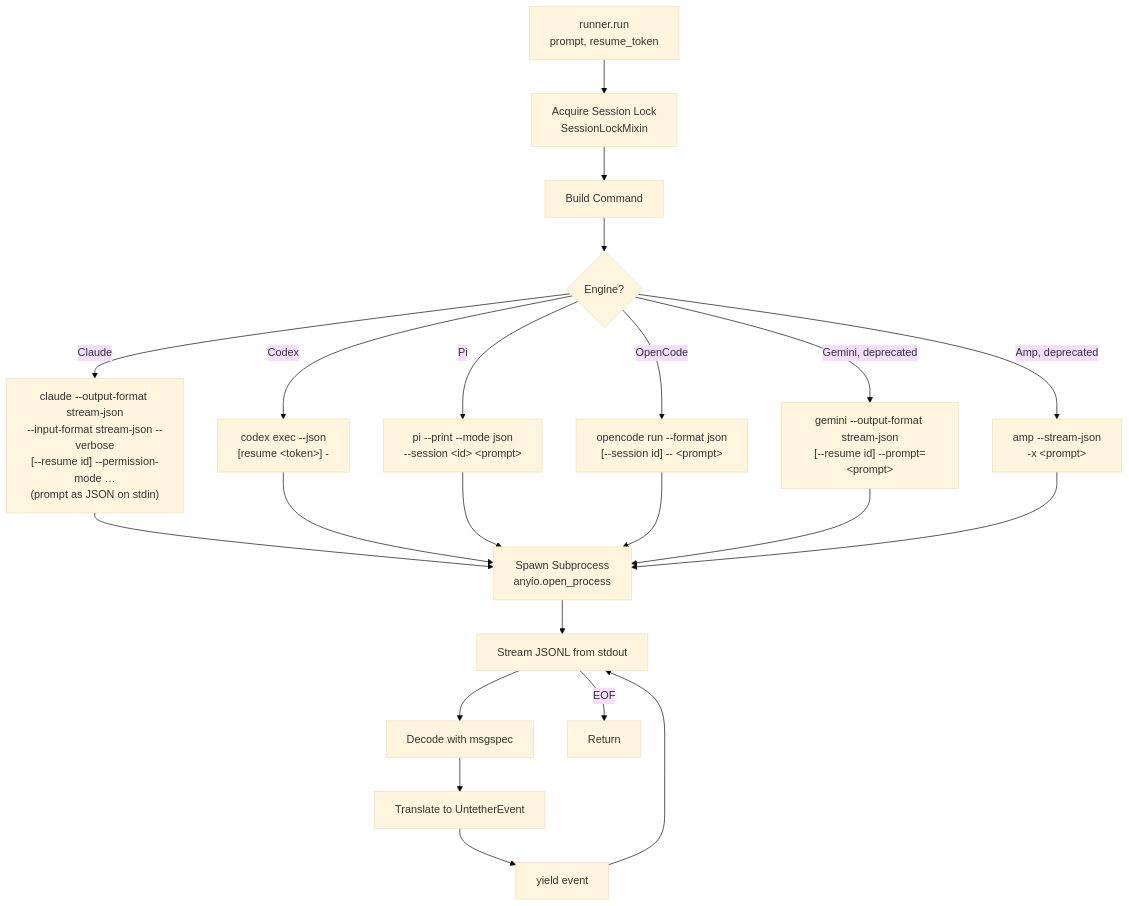
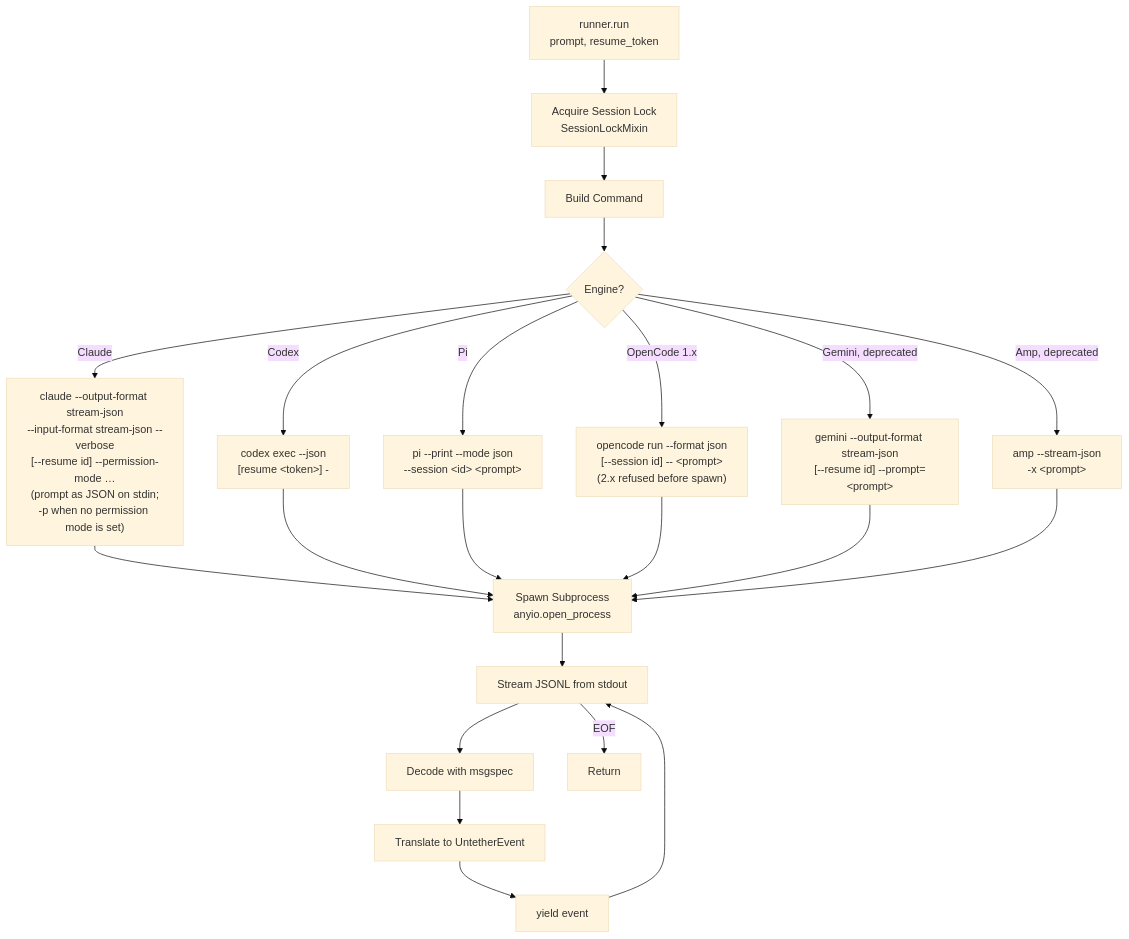
Before and after one commit to littlebearapps/untether: the fourth of 9 diagrams in docs/explanation/architecture.md, drawn with Mermaid (base theme). The commit also changed other lines of this file and 47 other files, not shown here.

````diff
--- a/docs/explanation/architecture.md
+++ b/docs/explanation/architecture.md
@@ -217,30 +217,30 @@
 ```mermaid
 flowchart TD
     A[runner.run\nprompt, resume_token] --> B[Acquire Session Lock<br/>SessionLockMixin]
 
     B --> C[Build Command]
 
     C --> D{Engine?}
-    D -->|Claude| D1["claude --output-format stream-json<br/>--input-format stream-json --verbose<br/>[--resume id] --permission-mode …<br/>(prompt as JSON on stdin)"]
+    D -->|Claude| D1["claude --output-format stream-json<br/>--input-format stream-json --verbose<br/>[--resume id] --permission-mode …<br/>(prompt as JSON on stdin;<br/>-p when no permission mode is set)"]
     D -->|Codex| D2["codex exec --json<br/>[resume &lt;token&gt;] -"]
     D -->|Pi| D3["pi --print --mode json<br/>--session &lt;id&gt; &lt;prompt&gt;"]
-    D -->|OpenCode| D4["opencode run --format json<br/>[--session id] -- &lt;prompt&gt;"]
+    D -->|OpenCode 1.x| D4["opencode run --format json<br/>[--session id] -- &lt;prompt&gt;<br/>(2.x refused before spawn)"]
     D -->|Gemini, deprecated| D5["gemini --output-format stream-json<br/>[--resume id] --prompt=&lt;prompt&gt;"]
     D -->|Amp, deprecated| D6["amp --stream-json<br/>-x &lt;prompt&gt;"]
 
     D1 --> E[Spawn Subprocess<br/>anyio.open_process]
     D2 --> E
     D3 --> E
     D4 --> E
     D5 --> E
     D6 --> E
 
     E --> F[Stream JSONL from stdout]
 
     F --> G[Decode with msgspec]
     G --> H[Translate to UntetherEvent]
     H --> I[yield event]
     I --> F
 
     F -->|EOF| J[Return]
 ```
````
